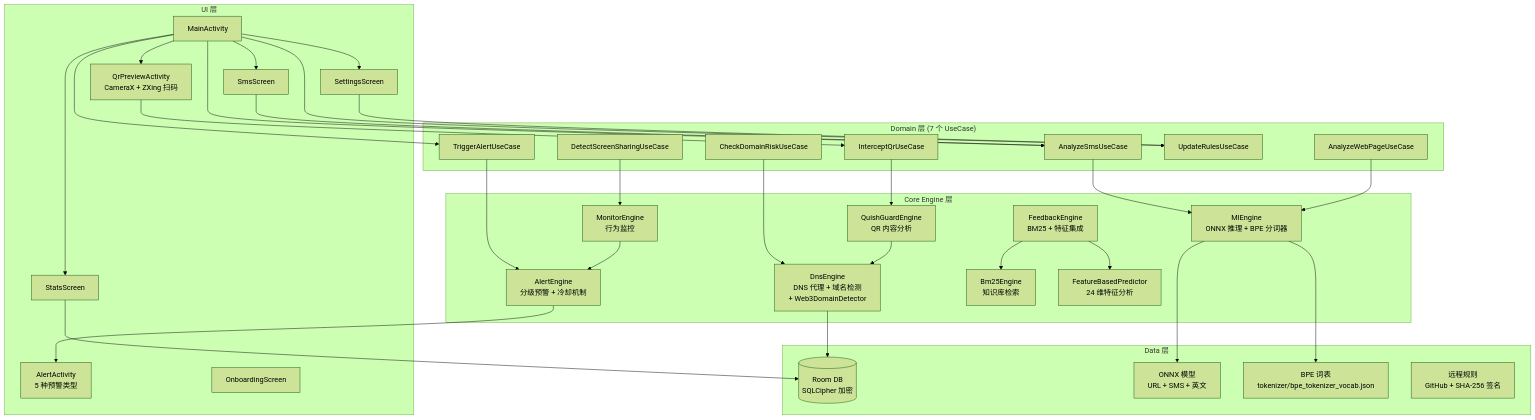
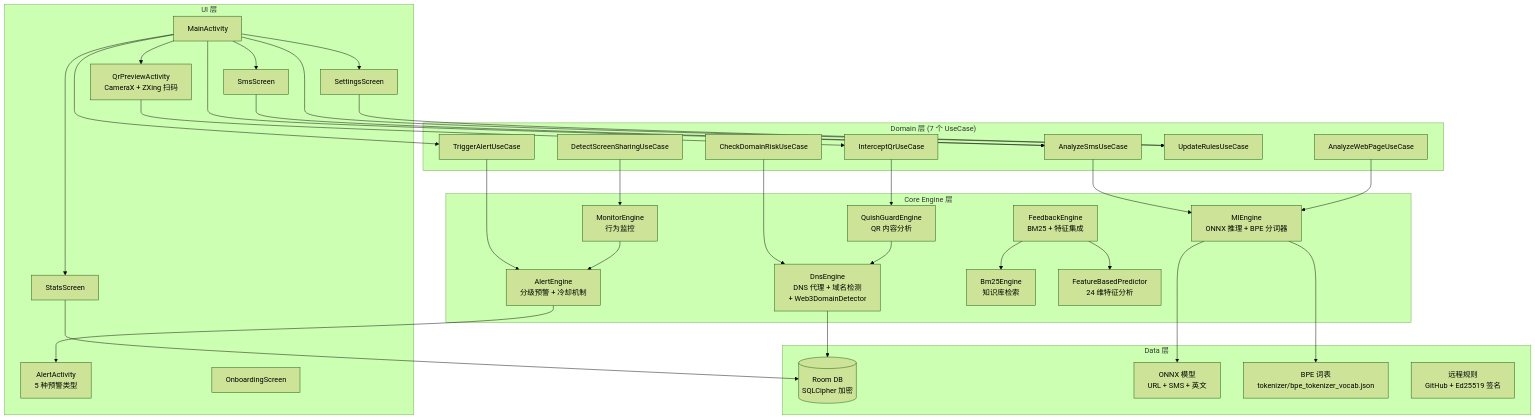
Before and after one commit to Tianshang301/TianshangGuard: the first of 4 diagrams in readme/README.zh-CN.md, drawn with Mermaid (forest theme). The commit also changed other lines of this file and 1 other file, not shown here.

````diff
--- a/readme/README.zh-CN.md
+++ b/readme/README.zh-CN.md
@@ -86,61 +99,61 @@
 ```mermaid
 graph TB
     subgraph Presentation["UI 层"]
         A[MainActivity] --> B[SmsScreen]
         A --> C[StatsScreen]
         A --> D[SettingsScreen]
         A --> Qr[QrPreviewActivity<br/>CameraX + ZXing 扫码]
         F[AlertActivity<br/>5 种预警类型]
         G[OnboardingScreen]
     end
 
     subgraph Domain["Domain 层 (7 个 UseCase)"]
         H[AnalyzeSmsUseCase]
         I[AnalyzeWebPageUseCase]
         J[CheckDomainRiskUseCase]
         K[TriggerAlertUseCase]
         L[DetectScreenSharingUseCase]
         M[UpdateRulesUseCase]
         N[InterceptQrUseCase]
     end
 
     subgraph Core["Core Engine 层"]
         O[DnsEngine<br/>DNS 代理 + 域名检测<br/>+ Web3DomainDetector]
         P[MlEngine<br/>ONNX 推理 + BPE 分词器]
         Q[MonitorEngine<br/>行为监控]
         R[AlertEngine<br/>分级预警 + 冷却机制]
         S[FeedbackEngine<br/>BM25 + 特征集成]
         T[Bm25Engine<br/>知识库检索]
         U[FeatureBasedPredictor<br/>24 维特征分析]
         V[QuishGuardEngine<br/>QR 内容分析]
     end
 
     subgraph Data["Data 层"]
         W[(Room DB<br/>SQLCipher 加密)]
         X[ONNX 模型<br/>URL + SMS + 英文]
         Y[BPE 词表<br/>tokenizer/bpe_tokenizer_vocab.json]
-        Z[远程规则<br/>GitHub + SHA-256 签名]
+        Z[远程规则<br/>GitHub + Ed25519 签名]
     end
 
     A --> H
     A --> K
     A --> M
     B --> H
     C --> W
     D --> M
     Qr --> N
     H --> P
     I --> P
     J --> O
     K --> R
     L --> Q
     N --> V
     V --> O
     O --> W
     P --> X
     P --> Y
     Q --> R
     R --> F
     S --> T
     S --> U
 ```
````
